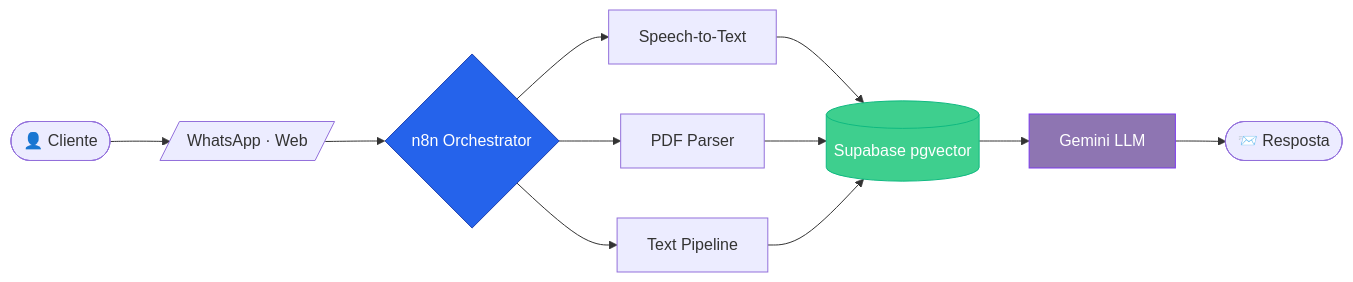
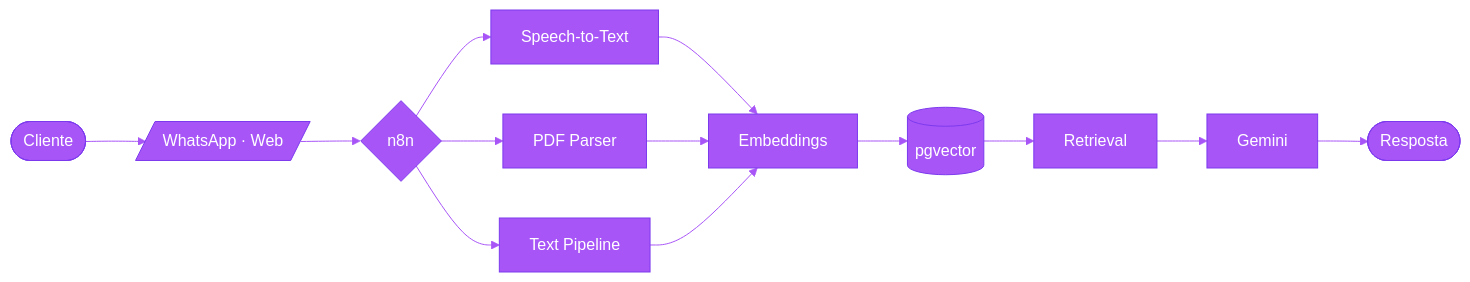
Before and after one commit to kayque-santos/kayque-santos: the diagram in README.md, drawn with Mermaid. The commit also changed other lines of this file, not shown here.

````diff
--- a/README.md
+++ b/README.md
@@ -177,16 +121,16 @@
 ```mermaid
+%%{init: {'theme':'base','themeVariables':{'primaryColor':'#A855F7','primaryTextColor':'#fff','primaryBorderColor':'#7c3aed','lineColor':'#A855F7','tertiaryColor':'#1f1f2e'}}}%%
 flowchart LR
-    A([👤 Cliente]) --> B[/WhatsApp · Web/]
-    B --> C{n8n Orchestrator}
-    C --> D[Speech-to-Text]
-    C --> E[PDF Parser]
-    C --> F[Text Pipeline]
-    D --> G[(Supabase pgvector)]
-    E --> G
-    F --> G
-    G --> H[Gemini LLM]
-    H --> I([📨 Resposta])
-    style C fill:#2563EB,stroke:#1e40af,color:#fff
-    style G fill:#3ECF8E,stroke:#10b981,color:#fff
-    style H fill:#8E75B2,stroke:#7c3aed,color:#fff
+    U([Cliente]) --> CH[/WhatsApp · Web/]
+    CH --> ORC{n8n}
+    ORC --> STT[Speech-to-Text]
+    ORC --> PDF[PDF Parser]
+    ORC --> TXT[Text Pipeline]
+    STT --> EMB[Embeddings]
+    PDF --> EMB
+    TXT --> EMB
+    EMB --> VEC[(pgvector)]
+    VEC --> RET[Retrieval]
+    RET --> LLM[Gemini]
+    LLM --> R([Resposta])
 ```
````
